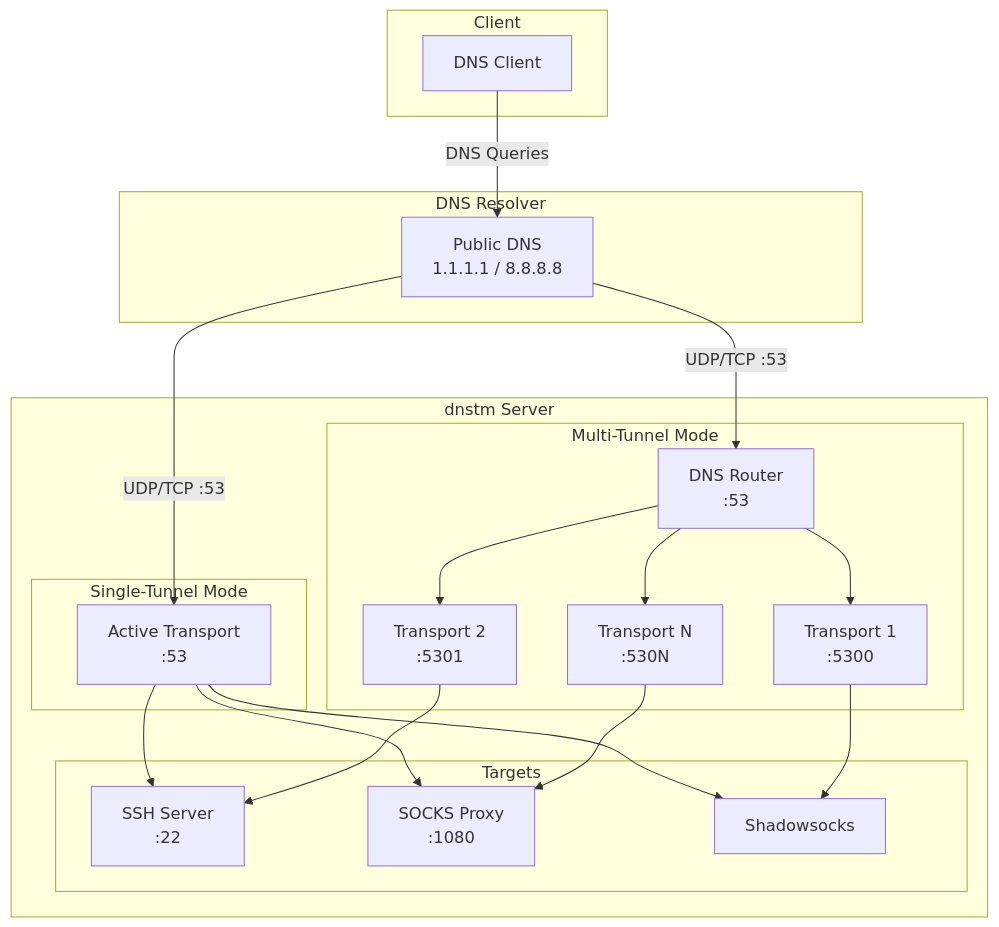
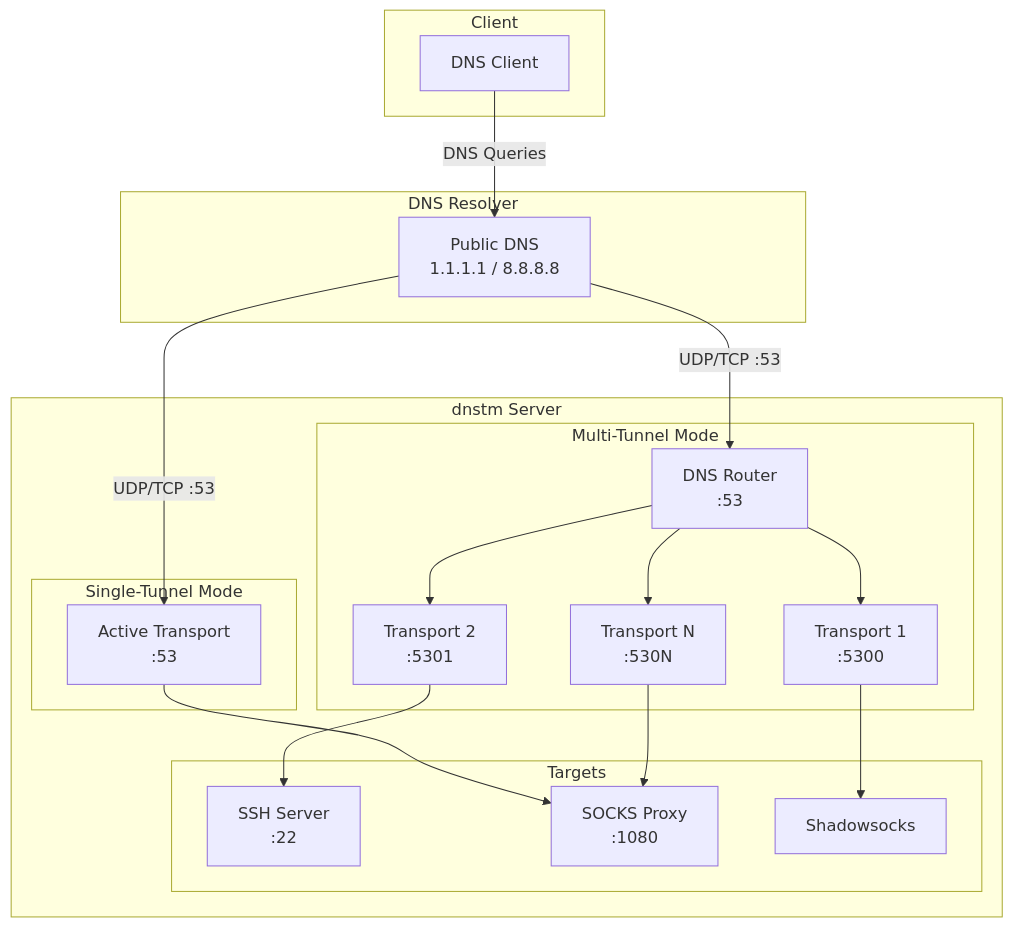
Before and after one commit to net2share/dnstm: the diagram in README.md, drawn with Mermaid. The commit also changed other lines of this file and 2 other files, not shown here.

Commit message:
docs: add v0.5.0 benchmarks and update performance notes

````diff
--- a/README.md
+++ b/README.md
@@ -25,44 +25,42 @@
 ```mermaid
 flowchart TB
     subgraph Client
         C[DNS Client]
     end
 
     subgraph "DNS Resolver"
         R[Public DNS<br/>1.1.1.1 / 8.8.8.8]
     end
 
     subgraph Server["dnstm Server"]
         subgraph SingleMode["Single-Tunnel Mode"]
             T1[Active Transport<br/>:53]
         end
 
         subgraph MultiMode["Multi-Tunnel Mode"]
             DR[DNS Router<br/>:53]
             T2[Transport 1<br/>:5300]
             T3[Transport 2<br/>:5301]
             T4[Transport N<br/>:530N]
         end
 
         subgraph Targets["Targets"]
             SSH[SSH Server<br/>:22]
             SOCKS[SOCKS Proxy<br/>:1080]
             SS[Shadowsocks]
         end
     end
 
     C -->|DNS Queries| R
     R -->|UDP/TCP :53| T1
     R -->|UDP/TCP :53| DR
 
     DR --> T2
     DR --> T3
     DR --> T4
 
-    T1 --> SSH
     T1 --> SOCKS
-    T1 --> SS
     T2 --> SS
     T3 --> SSH
     T4 --> SOCKS
 ```
````
